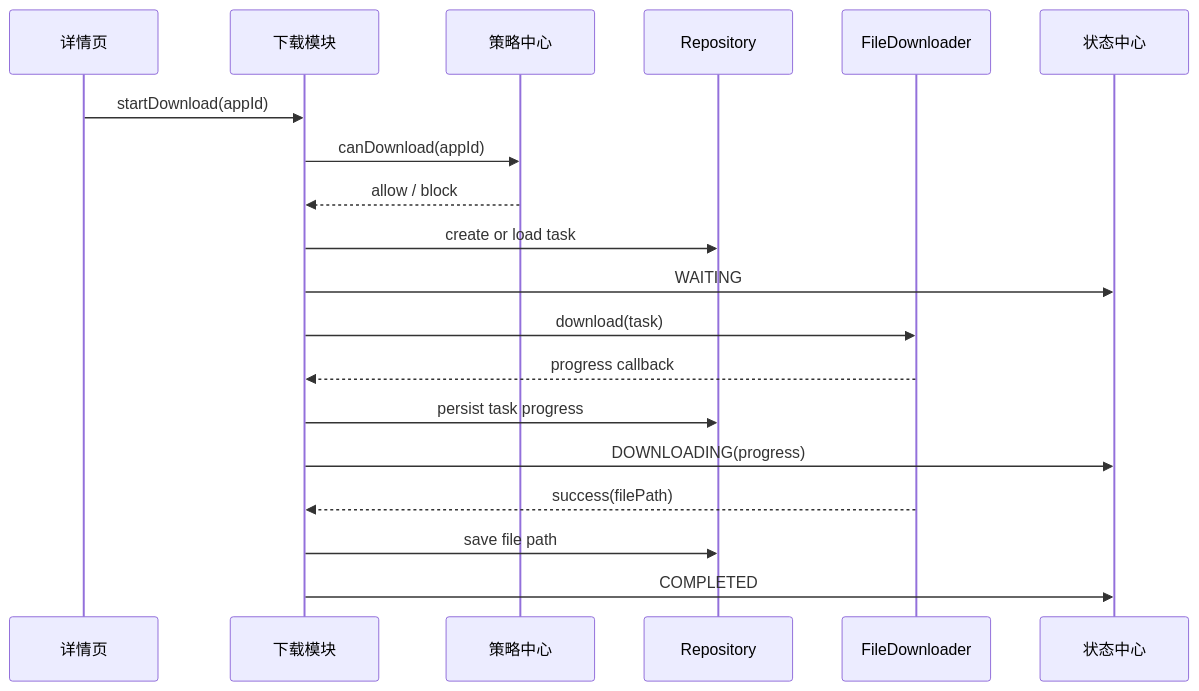
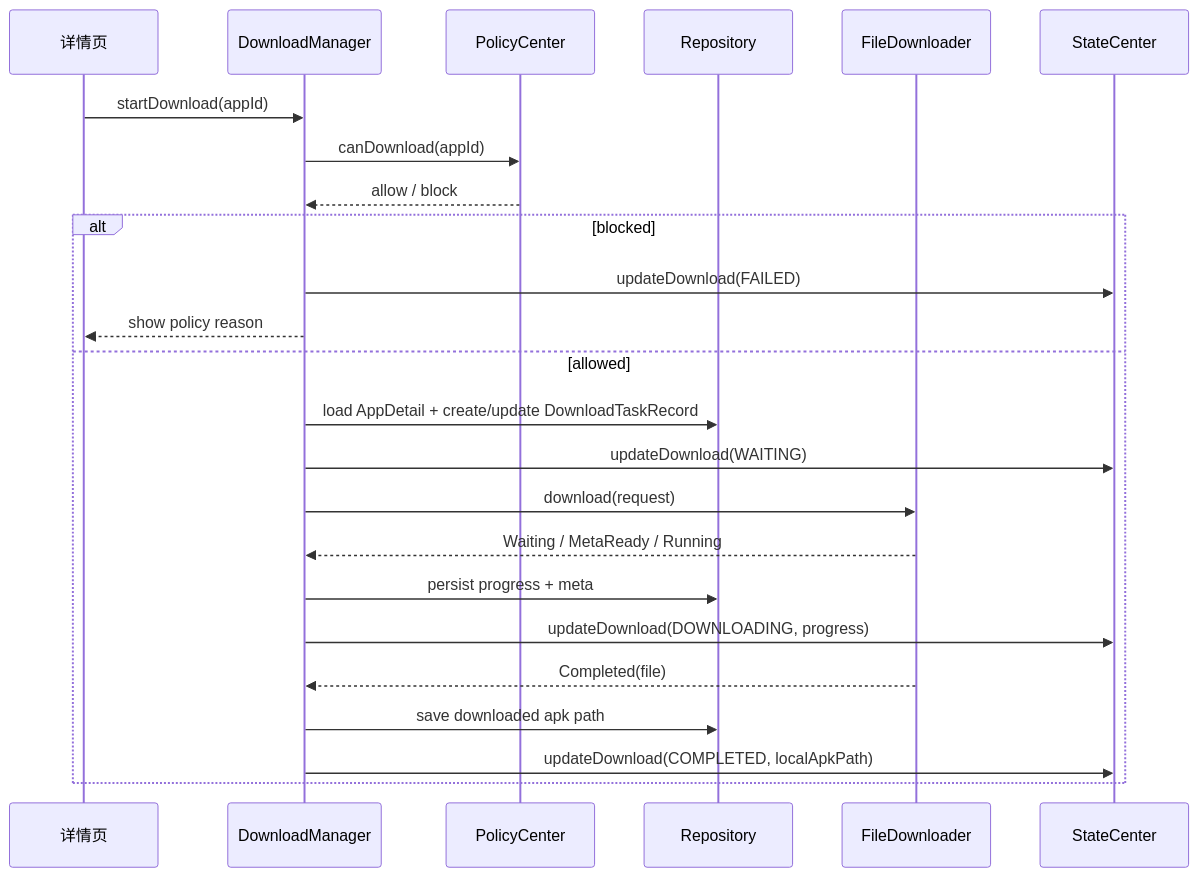
One commit to XZQ/CarAppStore changed the second of 6 diagrams in docs/05-核心时序图.md. Above: the diagram before and after it, drawn with Mermaid. The commit also changed other lines of this file and 35 other files, not shown here.

Commit message:
docs: reorganize architecture docs and handoff guide

````diff
--- a/docs/05-核心时序图.md
+++ b/docs/05-核心时序图.md
@@ -25,22 +24,27 @@
 ```mermaid
 sequenceDiagram
 participant UI as 详情页
-participant DM as 下载模块
-participant Policy as 策略中心
+participant DM as DownloadManager
+participant Policy as PolicyCenter
 participant Repo as Repository
 participant Downloader as FileDownloader
-participant State as 状态中心
+participant State as StateCenter
 
 UI->>DM: startDownload(appId)
 DM->>Policy: canDownload(appId)
 Policy-->>DM: allow / block
-DM->>Repo: create or load task
-DM->>State: WAITING
-DM->>Downloader: download(task)
-Downloader-->>DM: progress callback
-DM->>Repo: persist task progress
-DM->>State: DOWNLOADING(progress)
-Downloader-->>DM: success(filePath)
-DM->>Repo: save file path
-DM->>State: COMPLETED
+alt blocked
+  DM->>State: updateDownload(FAILED)
+  DM-->>UI: show policy reason
+else allowed
+  DM->>Repo: load AppDetail + create/update DownloadTaskRecord
+  DM->>State: updateDownload(WAITING)
+  DM->>Downloader: download(request)
+  Downloader-->>DM: Waiting / MetaReady / Running
+  DM->>Repo: persist progress + meta
+  DM->>State: updateDownload(DOWNLOADING, progress)
+  Downloader-->>DM: Completed(file)
+  DM->>Repo: save downloaded apk path
+  DM->>State: updateDownload(COMPLETED, localApkPath)
+end
 ```
````
